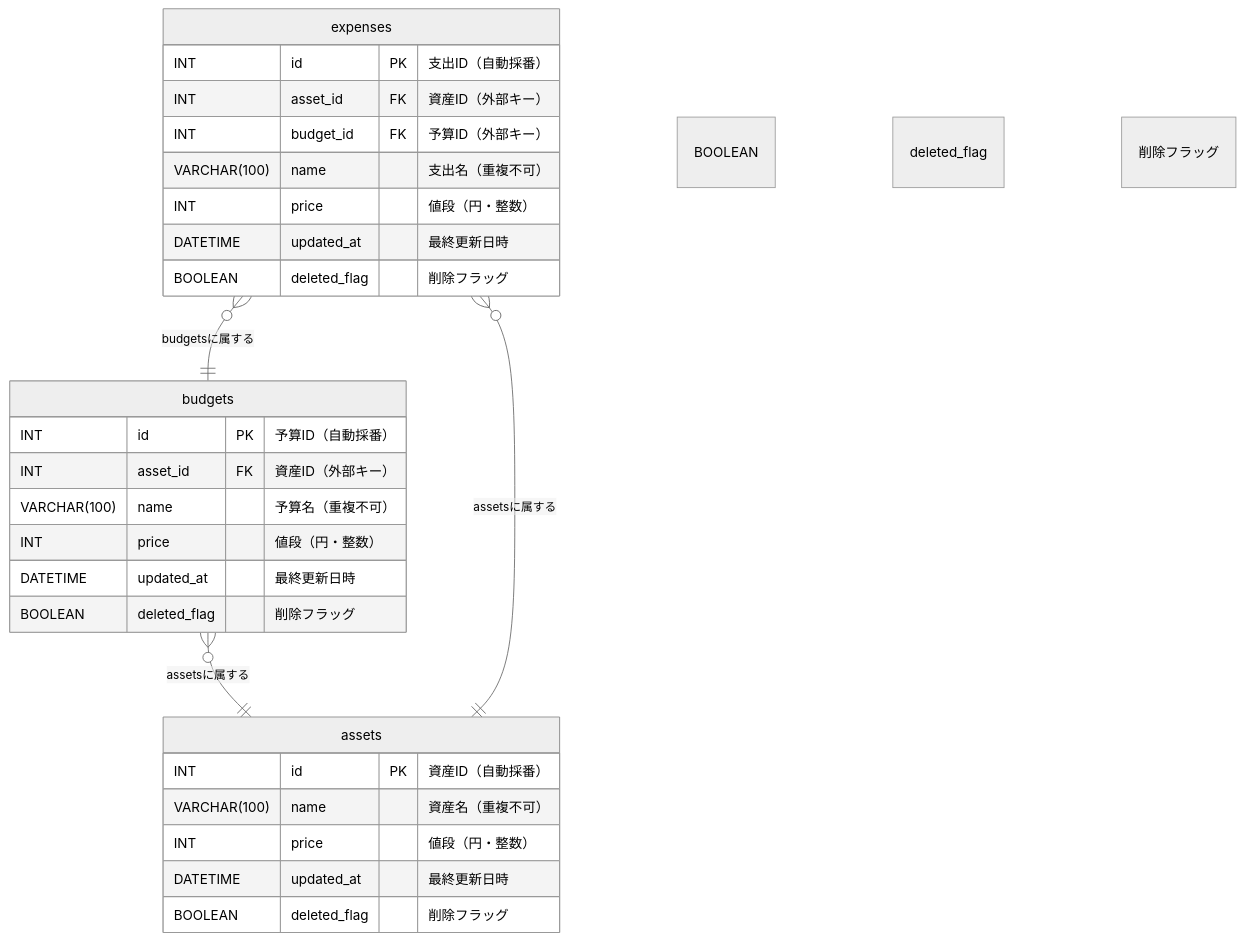
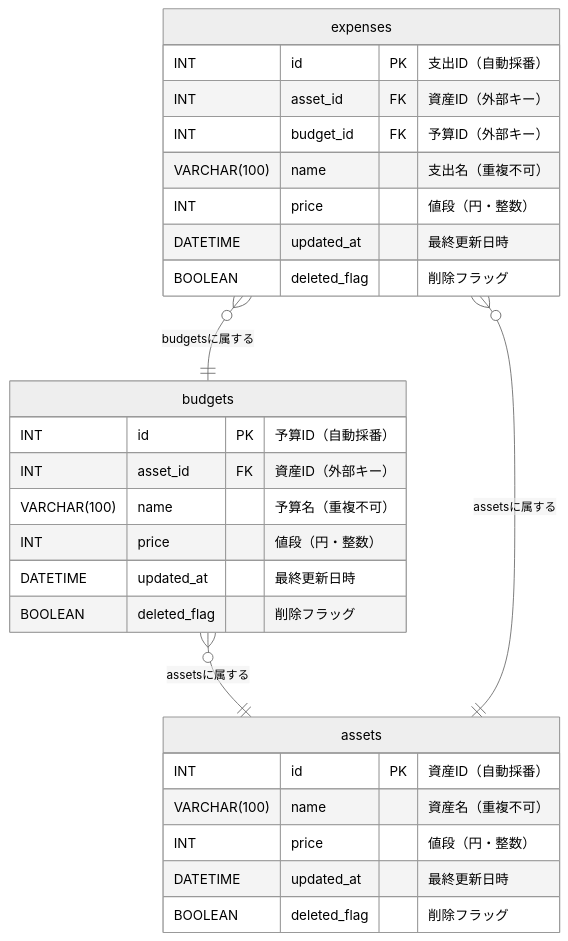
One commit to nagaiyume-pg/monage changed the diagram in db-schema.md. Above: the diagram before and after it, drawn with Mermaid (neutral theme).

Commit message:
docs: データベース設計書を更新

````diff
--- a/db-schema.md
+++ b/db-schema.md
@@ -83,36 +83,34 @@
 ```mermaid
-
 erDiagram
     assets {
         INT id PK "資産ID（自動採番）"
         VARCHAR(100) name "資産名（重複不可）"
         INT price "値段（円・整数）"
         DATETIME updated_at "最終更新日時"
         BOOLEAN deleted_flag "削除フラッグ"
     }
 
     budgets {
         INT id PK "予算ID（自動採番）"
         INT asset_id FK "資産ID（外部キー）"
         VARCHAR(100) name "予算名（重複不可）"
         INT price "値段（円・整数）"
         DATETIME updated_at "最終更新日時"
         BOOLEAN deleted_flag "削除フラッグ"
     }
 
     expenses {
         INT id PK "支出ID（自動採番）"
         INT asset_id FK "資産ID（外部キー）"
         INT budget_id FK "予算ID（外部キー）"
         VARCHAR(100) name "支出名（重複不可）"
         INT price "値段（円・整数）"
         DATETIME updated_at "最終更新日時"
         BOOLEAN deleted_flag "削除フラッグ"
     }
 
     budgets }o--|| assets : "assetsに属する"
     expenses }o--|| assets : "assetsに属する"
     expenses }o--|| budgets : "budgetsに属する"
-    BOOLEAN deleted_flag "削除フラッグ"
 
 ```
````
